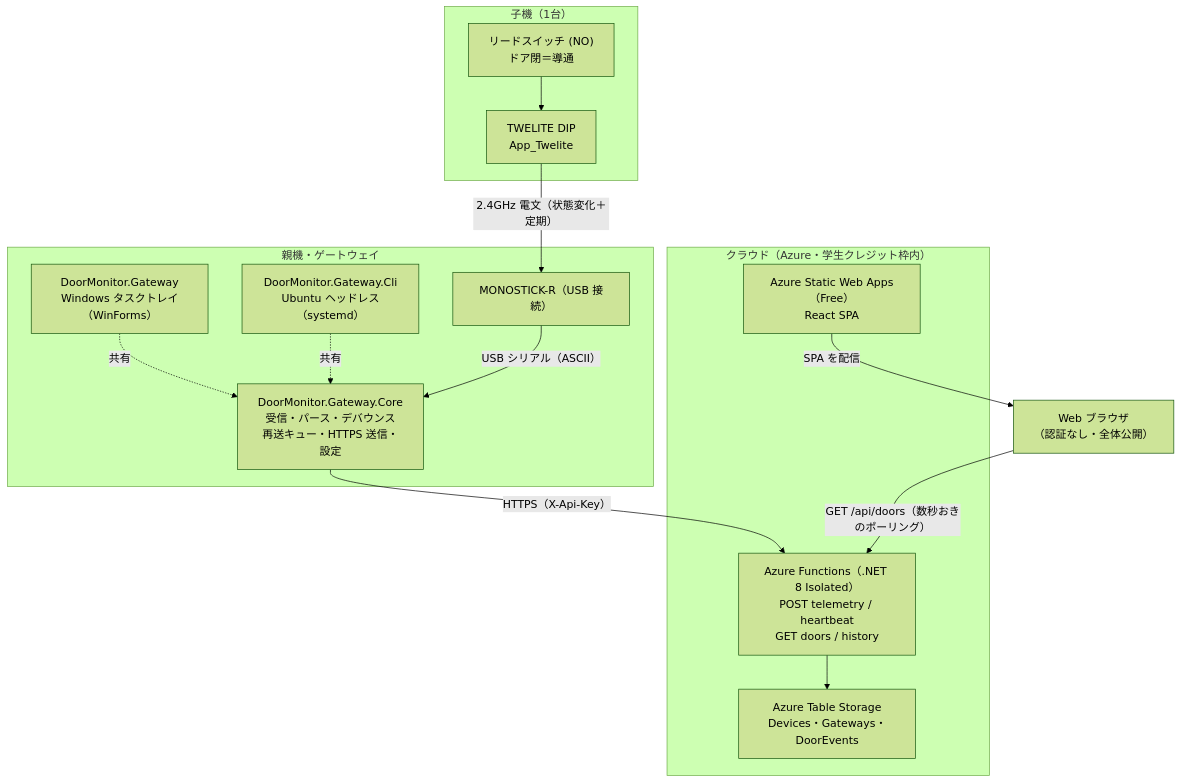
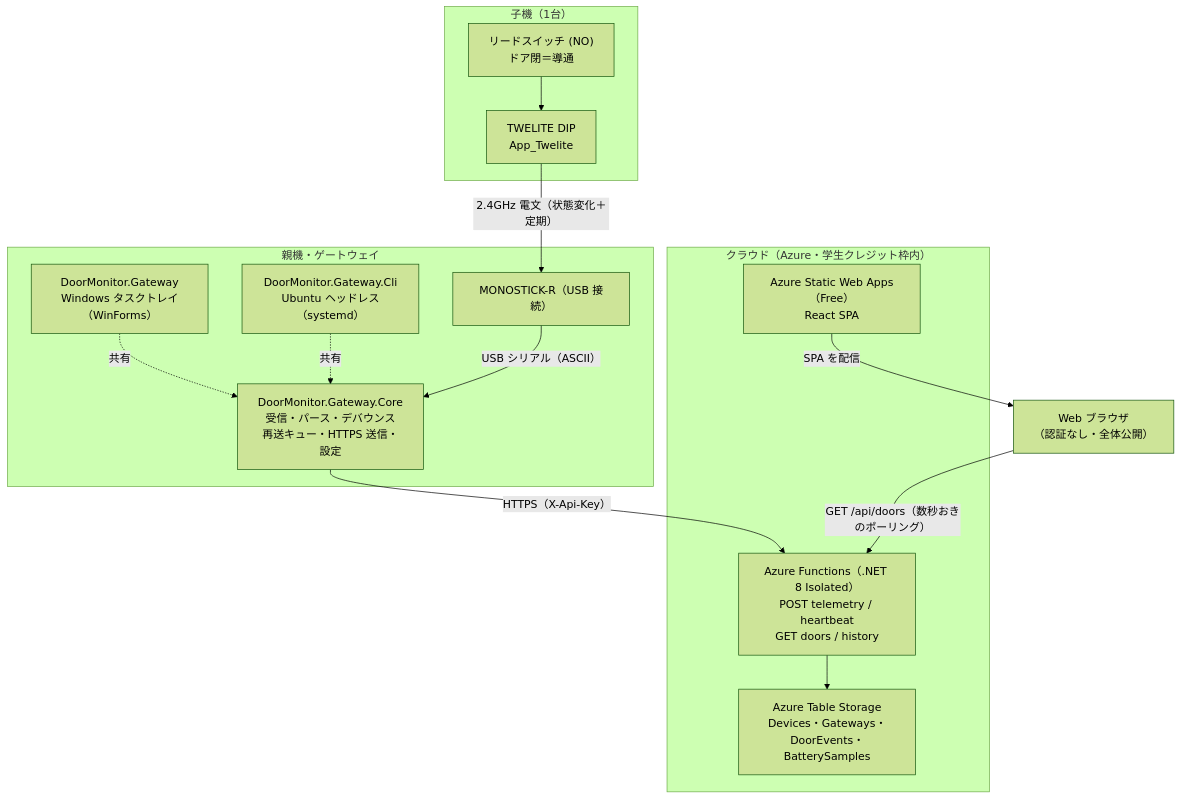
The diagram in README.md (nicerice21/door-iot), drawn with Mermaid (forest theme) before and after one commit. The commit also changed other lines of this file and 20 other files, not shown here.

````diff
--- a/README.md
+++ b/README.md
@@ -11,30 +11,30 @@
 ```mermaid
 flowchart TB
     subgraph HW["子機（1台）"]
         SW["リードスイッチ (NO)<br/>ドア閉＝導通"] --> TWELITE["TWELITE DIP<br/>App_Twelite"]
     end
 
     subgraph GW["親機・ゲートウェイ"]
         MONO["MONOSTICK-R（USB 接続）"]
         CORE["DoorMonitor.Gateway.Core<br/>受信・パース・デバウンス<br/>再送キュー・HTTPS 送信・設定"]
         WIN["DoorMonitor.Gateway<br/>Windows タスクトレイ（WinForms）"]
         LINUX["DoorMonitor.Gateway.Cli<br/>Ubuntu ヘッドレス（systemd）"]
         WIN -. 共有 .-> CORE
         LINUX -. 共有 .-> CORE
     end
 
     subgraph CLOUD["クラウド（Azure・学生クレジット枠内）"]
         FUNC["Azure Functions（.NET 8 Isolated）<br/>POST telemetry / heartbeat<br/>GET doors / history"]
-        STORE["Azure Table Storage<br/>Devices・Gateways・DoorEvents"]
+        STORE["Azure Table Storage<br/>Devices・Gateways・DoorEvents・BatterySamples"]
         SWA["Azure Static Web Apps（Free）<br/>React SPA"]
     end
 
     CLIENT["Web ブラウザ<br/>（認証なし・全体公開）"]
 
     TWELITE -- "2.4GHz 電文（状態変化＋定期）" --> MONO
     MONO -- "USB シリアル（ASCII）" --> CORE
     CORE -- "HTTPS（X-Api-Key）" --> FUNC
     FUNC --> STORE
     SWA -- "SPA を配信" --> CLIENT
     CLIENT -- "GET /api/doors（数秒おきのポーリング）" --> FUNC
 ```
````
